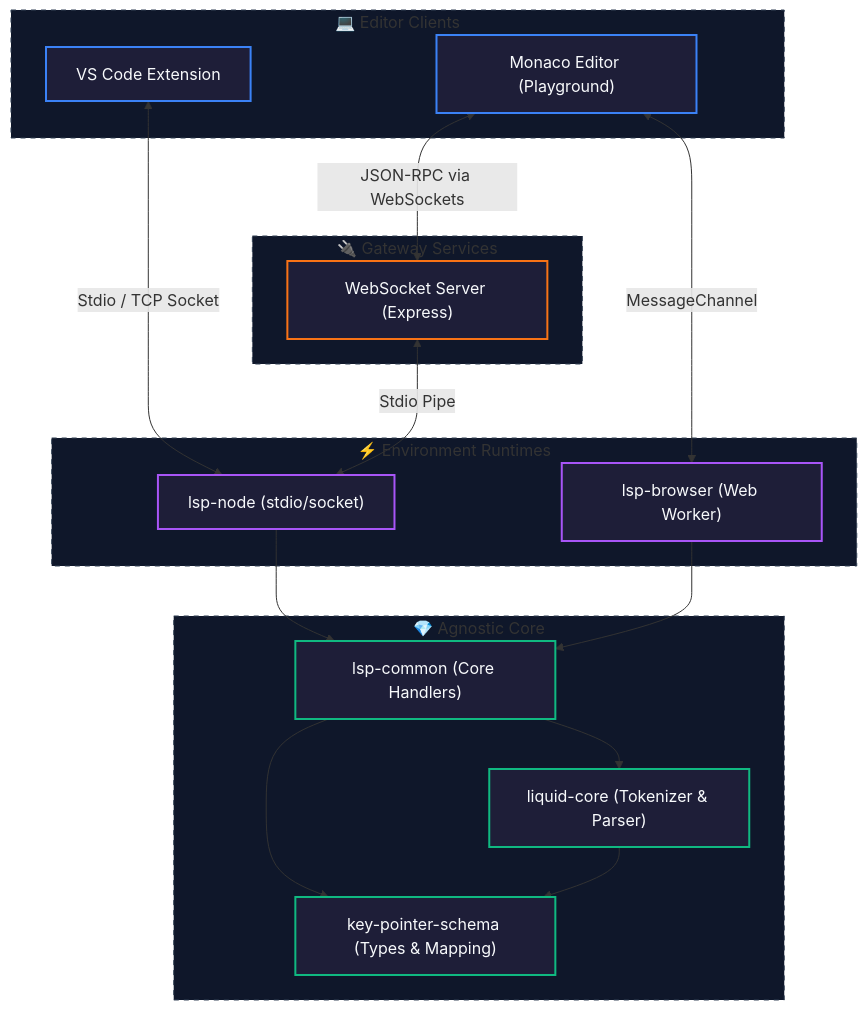
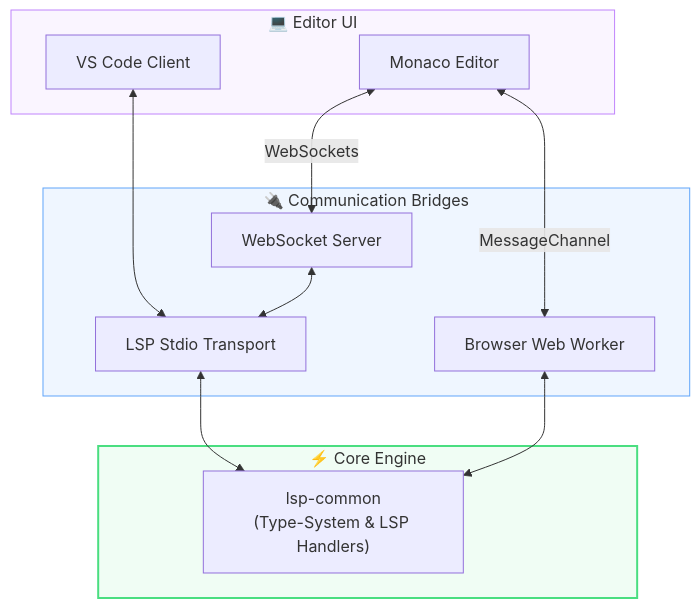
Before and after one commit to sonuKumar03/liquid-lsp: the diagram in README.md, drawn with Mermaid.

Commit message:
docs: update architecture diagram

````diff
--- a/README.md
+++ b/README.md
@@ -23,46 +23,34 @@
 ```mermaid
 flowchart TD
-    %% Custom Styling
-    classDef client fill:#1e1e38,stroke:#3b82f6,stroke-width:2px,color:#f8fafc;
-    classDef gateway fill:#1e1e38,stroke:#f97316,stroke-width:2px,color:#f8fafc;
-    classDef runtime fill:#1e1e38,stroke:#a855f7,stroke-width:2px,color:#f8fafc;
-    classDef core fill:#1e1e38,stroke:#10b981,stroke-width:2px,color:#f8fafc;
-
-    subgraph Clients ["💻 Editor Clients"]
-        VSC["VS Code Extension"]:::client
-        Monaco["Monaco Editor (Playground)"]:::client
+    %% Editor Layer
+    subgraph UI ["💻 Editor UI"]
+        VSC["VS Code Client"]
+        Monaco["Monaco Editor"]
     end
 
-    subgraph Gateway ["🔌 Gateway Services"]
-        WS["WebSocket Server (Express)"]:::gateway
+    %% Transport Layer
+    subgraph Transport ["🔌 Communication Bridges"]
+        Worker["Browser Web Worker"]
+        WS["WebSocket Server"]
+        Stdio["LSP Stdio Transport"]
     end
 
-    subgraph Runtimes ["⚡ Environment Runtimes"]
-        LSPNode["lsp-node (stdio/socket)"]:::runtime
-        Worker["lsp-browser (Web Worker)"]:::runtime
+    %% Core Engine
+    subgraph Engine ["⚡ Core Engine"]
+        Common["lsp-common<br>(Type-System & LSP Handlers)"]
     end
 
-    subgraph CoreEngine ["💎 Agnostic Core"]
-        LSPCommon["lsp-common (Core Handlers)"]:::core
-        LiquidCore["liquid-core (Tokenizer & Parser)"]:::core
-        Schema["key-pointer-schema (Types & Mapping)"]:::core
-    end
+    %% Connections
+    VSC <--> Stdio
+    Monaco <-->|"MessageChannel"| Worker
+    Monaco <-->|"WebSockets"| WS
+    WS <--> Stdio
 
-    %% Client communication
-    VSC <-->|"Stdio / TCP Socket"| LSPNode
-    Monaco <-->|"JSON-RPC via WebSockets"| WS
-    Monaco <-->|"MessageChannel"| Worker
-    WS <-->|"Stdio Pipe"| LSPNode
+    Stdio <--> Common
+    Worker <--> Common
 
-    %% Core dependencies
-    LSPNode --> LSPCommon
-    Worker --> LSPCommon
-    LSPCommon --> LiquidCore
-    LSPCommon --> Schema
-    LiquidCore --> Schema
-
-    style Clients fill:#0f172a,stroke:#334155,stroke-dasharray: 5 5;
-    style Gateway fill:#0f172a,stroke:#334155,stroke-dasharray: 5 5;
-    style Runtimes fill:#0f172a,stroke:#334155,stroke-dasharray: 5 5;
-    style CoreEngine fill:#0f172a,stroke:#334155,stroke-dasharray: 5 5;
+    %% Styling
+    style UI fill:#faf5ff,stroke:#c084fc,stroke-width:1px
+    style Transport fill:#eff6ff,stroke:#60a5fa,stroke-width:1px
+    style Engine fill:#f0fdf4,stroke:#4ade80,stroke-width:2px
 ```
````
